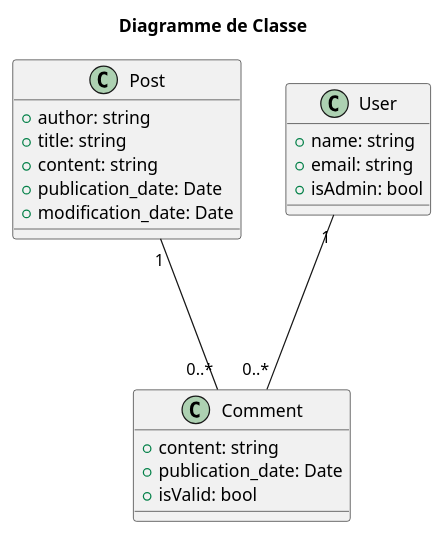
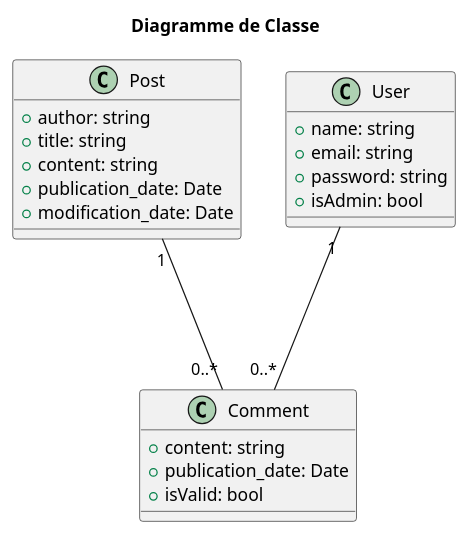
Before and after one commit to leomoille/leomoilledotcom: the diagram in uml_diagrams/classes.puml, drawn with PlantUML. The commit also changed 4 other files, not shown here.

Commit message:
Update UML diagrams

```diff
--- a/uml_diagrams/classes.puml
+++ b/uml_diagrams/classes.puml
@@ -1,31 +1,32 @@
 @startuml Classes
 'https://plantuml.com/class-diagram
 
 title Diagramme de Classe
 
 '' CLASSES ''
 class Post {
 + author: string
 + title: string
 + content: string
 + publication_date: Date
 + modification_date: Date
 }
 
 class Comment {
 + content: string
 + publication_date: Date
 + isValid: bool
 }
 
 class User {
 + name: string
 + email: string
++ password: string
 + isAdmin: bool
 }
 
 '' ASSOCIATIONS ''
 Post "1" --- "0..*" Comment
 User "1" --- "0..*" Comment
 
 @enduml
```
